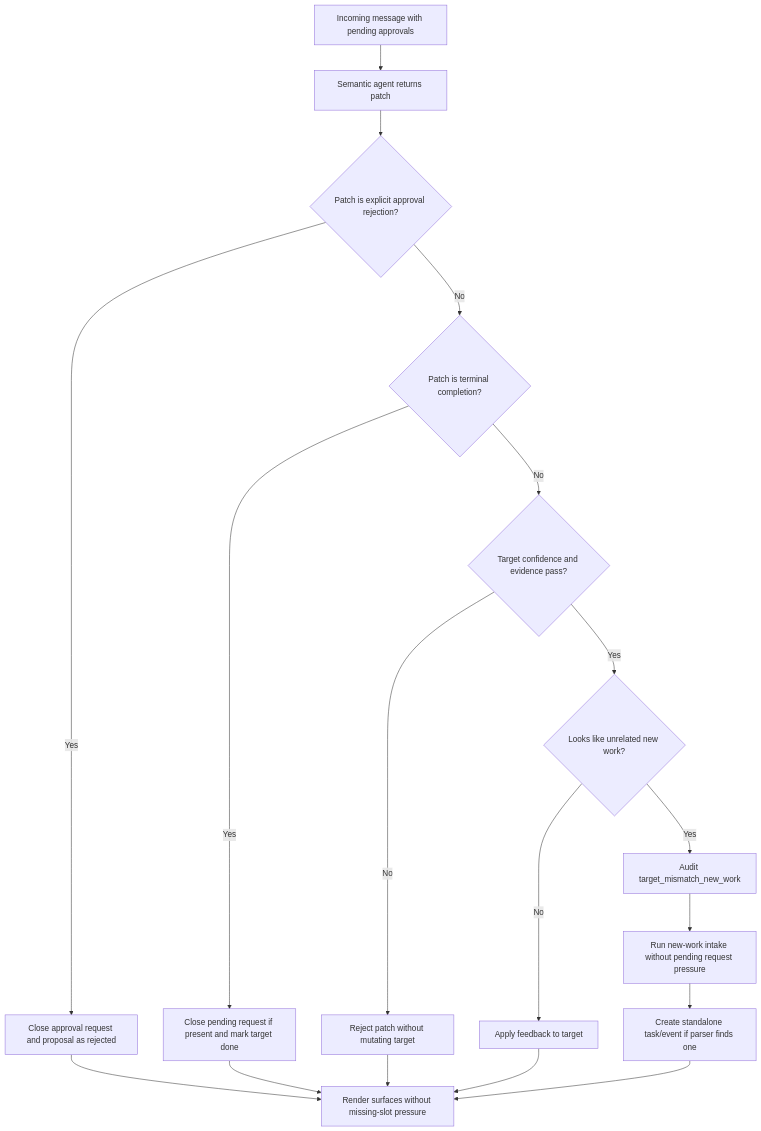
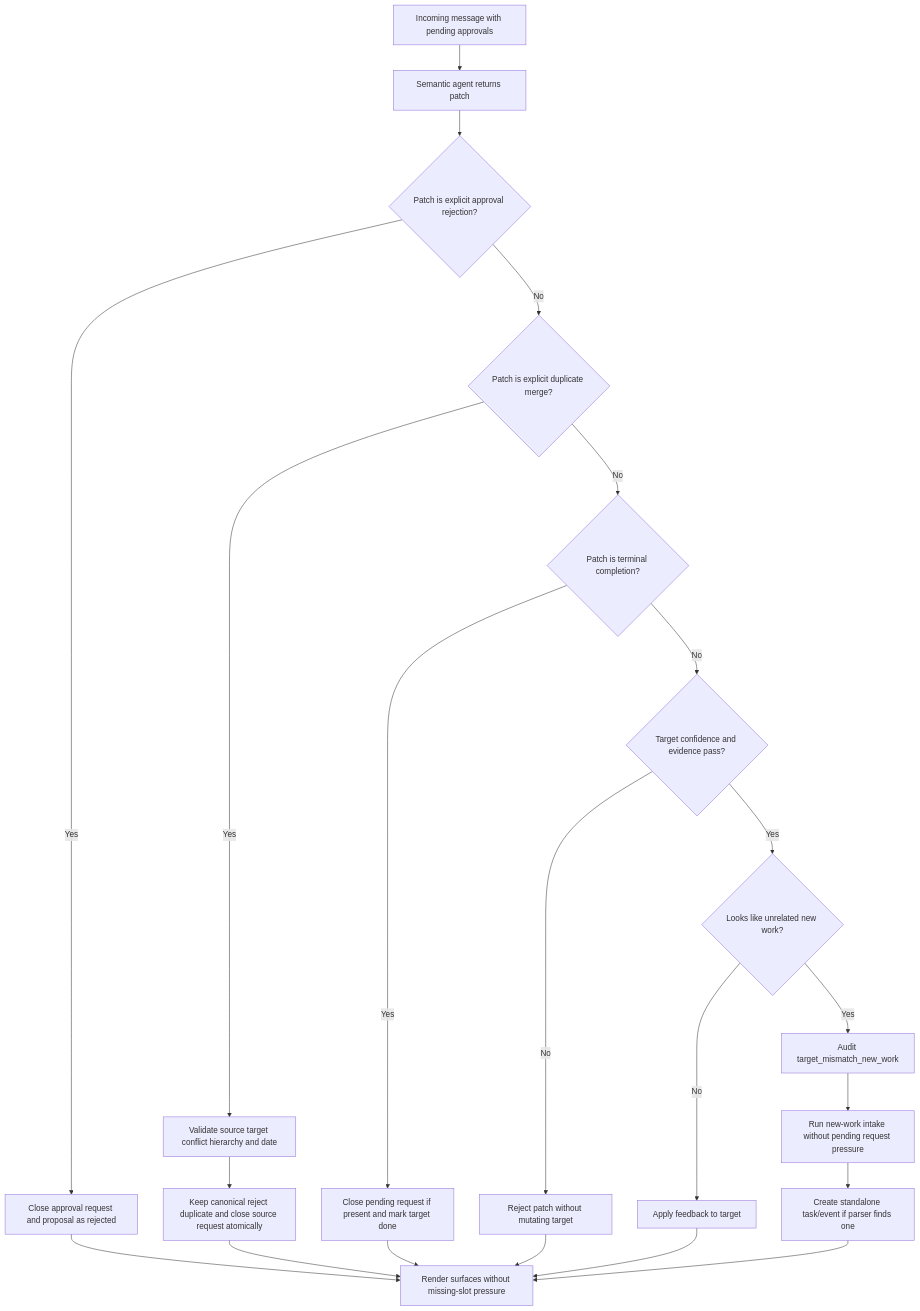
Before and after one commit to KOBIC-KBDS/task-management-clean-public: the third of 10 diagrams in docs/agent-flow.md, drawn with Mermaid. The commit also changed other lines of this file and 17 other files, not shown here.

First line of the commit message:
Apply explicit duplicate merges in clean installs

````diff
--- a/docs/agent-flow.md
+++ b/docs/agent-flow.md
@@ -111,20 +112,24 @@
 ```mermaid
 flowchart TD
   A[Incoming message with pending approvals] --> B[Semantic agent returns patch]
   B --> C{Patch is explicit approval rejection?}
   C -->|Yes| D[Close approval request and proposal as rejected]
-  C -->|No| T{Patch is terminal completion?}
+  C -->|No| M{Patch is explicit duplicate merge?}
+  M -->|Yes| N[Validate source target conflict hierarchy and date]
+  N --> O[Keep canonical reject duplicate and close source request atomically]
+  M -->|No| T{Patch is terminal completion?}
   T -->|Yes| U[Close pending request if present and mark target done]
   T -->|No| E{Target confidence and evidence pass?}
   E -->|No| F[Reject patch without mutating target]
   E -->|Yes| G{Looks like unrelated new work?}
   G -->|No| H[Apply feedback to target]
   G -->|Yes| I[Audit target_mismatch_new_work]
   I --> J[Run new-work intake without pending request pressure]
   J --> K[Create standalone task/event if parser finds one]
   D --> L[Render surfaces without missing-slot pressure]
+  O --> L
   U --> L
   F --> L
   H --> L
   K --> L
 ```
````
